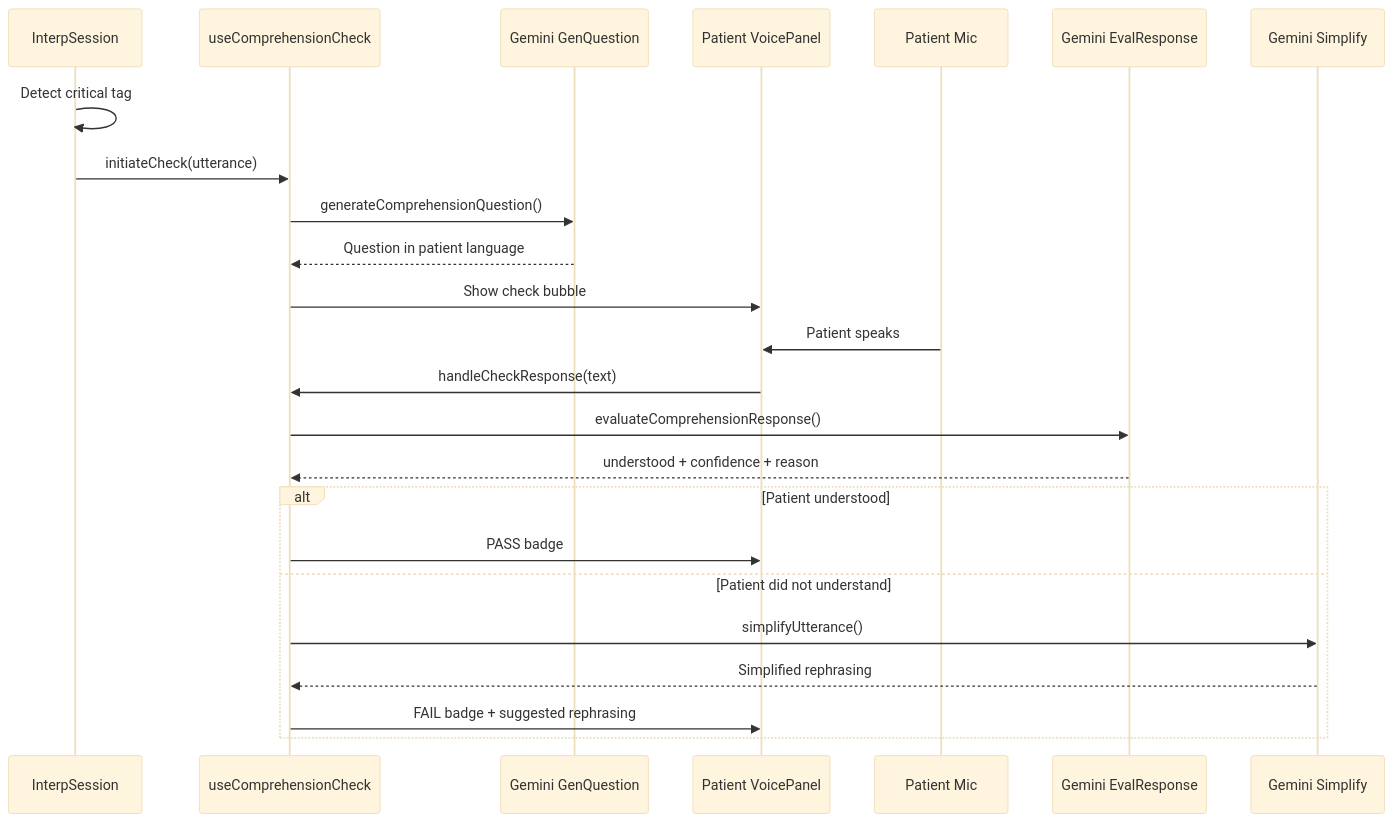
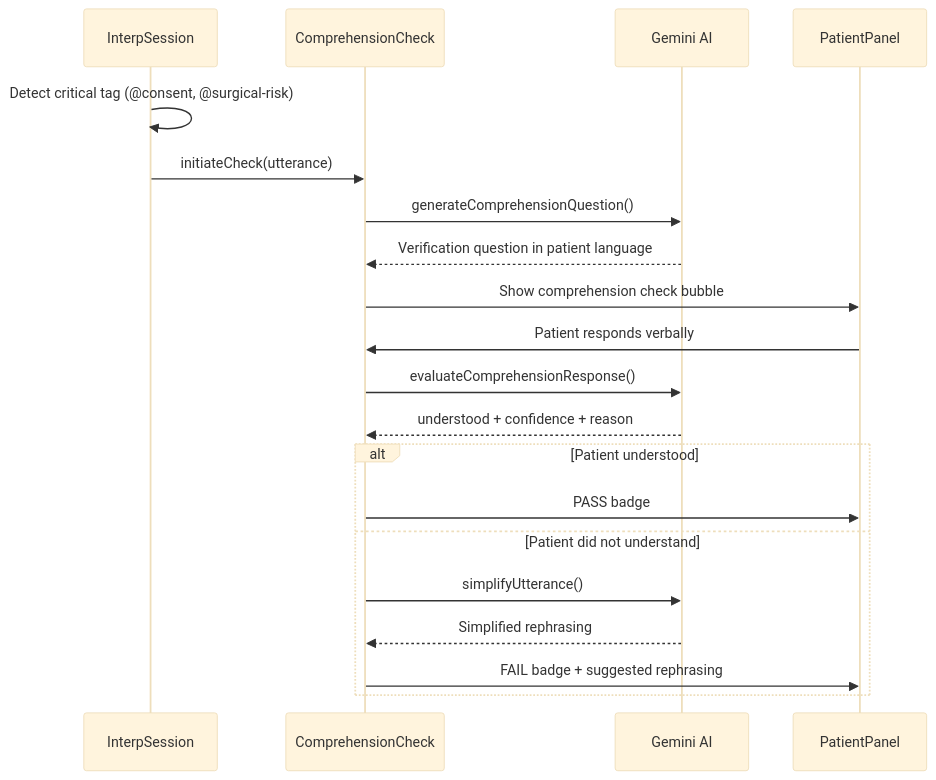
The third of 4 diagrams in README.md (frenzy2004/Interp), drawn with Mermaid (base theme) before and after one commit. The commit also changed other lines of this file, not shown here.

First line of the commit message:
Clean up mermaid diagrams for readability

````diff
--- a/README.md
+++ b/README.md
@@ -182,29 +100,25 @@
 ```mermaid
 sequenceDiagram
-  participant IS as InterpSession
-  participant CC as useComprehensionCheck
-  participant GenQ as Gemini GenQuestion
-  participant UI as Patient VoicePanel
-  participant PatMic as Patient Mic
-  participant Eval as Gemini EvalResponse
-  participant Simp as Gemini Simplify
+  participant Session as InterpSession
+  participant Check as ComprehensionCheck
+  participant Gemini as Gemini AI
+  participant Panel as PatientPanel
 
-  IS->>IS: Detect critical tag
-  IS->>CC: initiateCheck(utterance)
-  CC->>GenQ: generateComprehensionQuestion()
-  GenQ-->>CC: Question in patient language
-  CC->>UI: Show check bubble
+  Session->>Session: Detect critical tag (@consent, @surgical-risk)
+  Session->>Check: initiateCheck(utterance)
+  Check->>Gemini: generateComprehensionQuestion()
+  Gemini-->>Check: Verification question in patient language
+  Check->>Panel: Show comprehension check bubble
 
-  PatMic->>UI: Patient speaks
-  UI->>CC: handleCheckResponse(text)
-  CC->>Eval: evaluateComprehensionResponse()
-  Eval-->>CC: understood + confidence + reason
+  Panel->>Check: Patient responds verbally
+  Check->>Gemini: evaluateComprehensionResponse()
+  Gemini-->>Check: understood + confidence + reason
 
   alt Patient understood
-    CC->>UI: PASS badge
+    Check->>Panel: PASS badge
   else Patient did not understand
-    CC->>Simp: simplifyUtterance()
-    Simp-->>CC: Simplified rephrasing
-    CC->>UI: FAIL badge + suggested rephrasing
+    Check->>Gemini: simplifyUtterance()
+    Gemini-->>Check: Simplified rephrasing
+    Check->>Panel: FAIL badge + suggested rephrasing
   end
 ```
````
